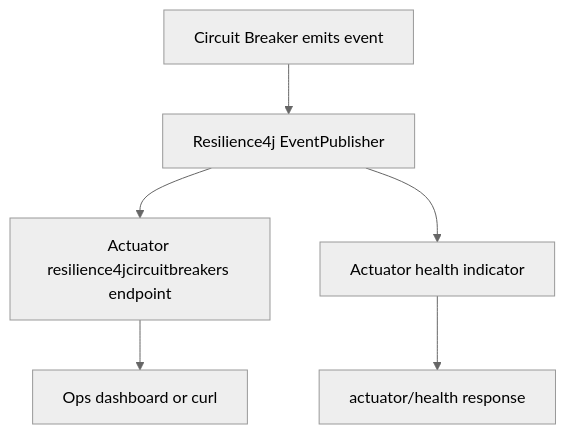
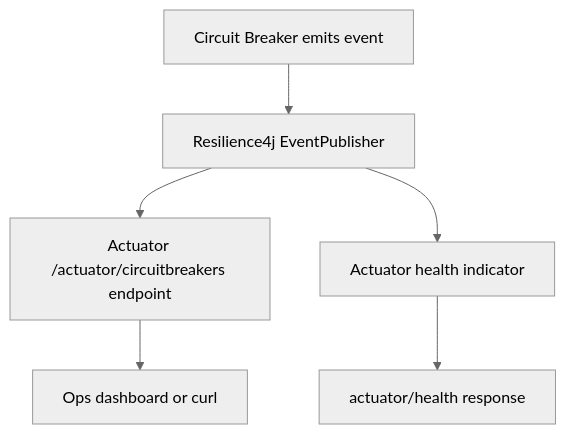
One commit to abhishekghoshh/spring-boot-helper changed the fifth of 6 diagrams in docs/spring-cloud/008-circuit-breakers-and-resilience4j.md. Above: the diagram before and after it, drawn with Mermaid (neutral theme). The commit also changed other lines of this file and 101 other files, not shown here.

````diff
--- a/docs/spring-cloud/008-circuit-breakers-and-resilience4j.md
+++ b/docs/spring-cloud/008-circuit-breakers-and-resilience4j.md
@@ -514,8 +518,8 @@
 ```mermaid
 flowchart TD
     A[Circuit Breaker emits event] --> B[Resilience4j EventPublisher]
-    B --> C["Actuator resilience4jcircuitbreakers endpoint"]
+    B --> C["Actuator /actuator/circuitbreakers endpoint"]
     B --> D[Actuator health indicator]
     C --> E["Ops dashboard or curl"]
     D --> F["actuator/health response"]
 ```
````
